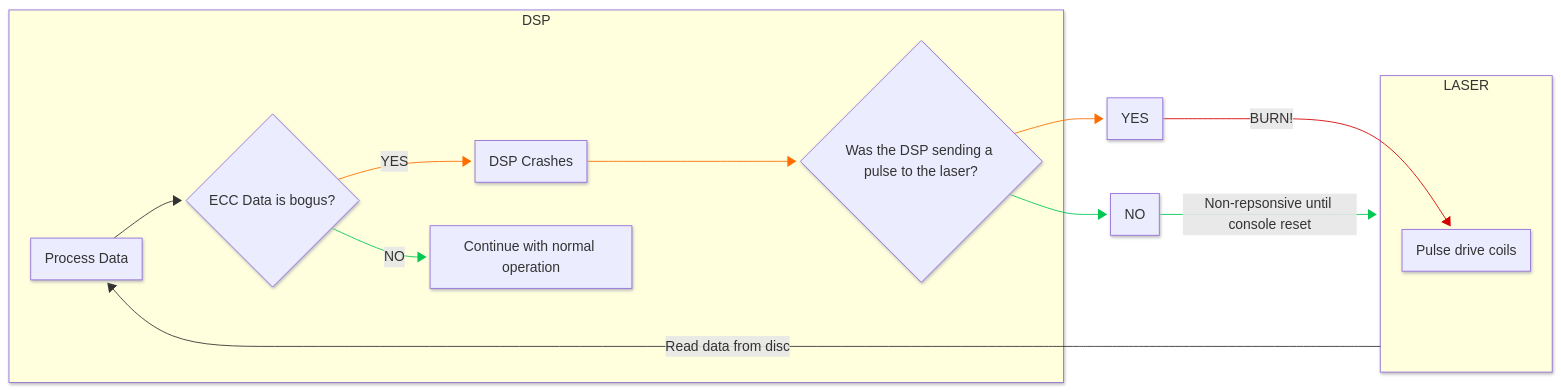
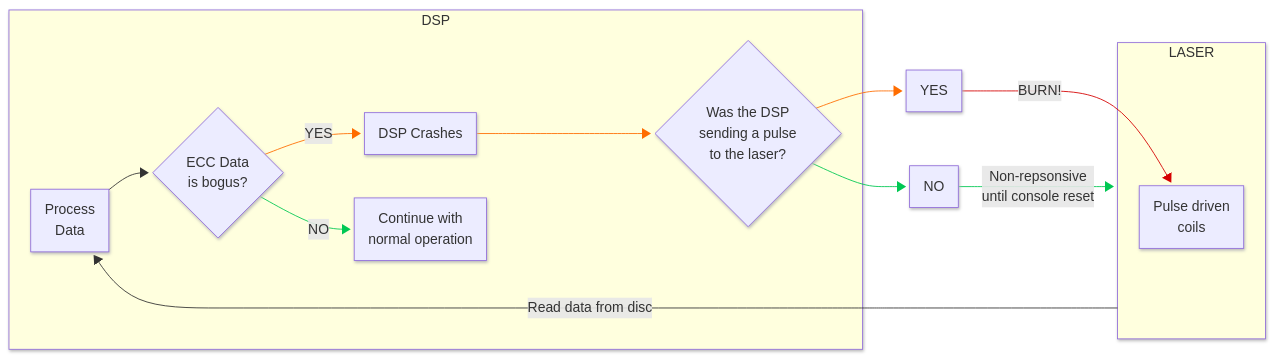
Before and after one commit to saildot4k/saildot4k.github.io: the diagram in docs/misc/picfix.md, drawn with Mermaid.

````diff
--- a/docs/misc/picfix.md
+++ b/docs/misc/picfix.md
@@ -7,36 +7,36 @@
 ```mermaid
 ---
 config:
   theme: mc
   layout: dagre
   look: neo
 ---
 flowchart LR
  subgraph s2["DSP"]
-        n7["Process Data"]
-        n8["ECC Data is bogus?"]
+        n7["Process<br>Data"]
+        n8["ECC Data<br>is bogus?"]
         n9["DSP Crashes"]
-        n10["Continue with normal operation"]
-        n11["Was the DSP sending a pulse to the laser?"]
+        n10["Continue with<br>normal operation"]
+        n11["Was the DSP<br>sending a pulse<br>to the laser?"]
   end
  subgraph s3["LASER"]
-        n14["Pulse drive coils"]
+        n14["Pulse driven<br>coils"]
   end
     n7 --> n8
     n8 -- YES --> n9
     n8 -- NO --> n10
     n9 --> n11
     n11 --> n12["YES"] & n13["NO"]
     n12 -- BURN! --> n14
-    n13 -- "Non-repsonsive until console reset" --> s3
+    n13 -- "Non-repsonsive</br>until console reset" --> s3
     s3 -- Read data from disc --> n7
     n8@{ shape: diam}
     n11@{ shape: diam}
     linkStyle 1 stroke:#FF6D00,fill:none
     linkStyle 2 stroke:#00C853,fill:none
     linkStyle 3 stroke:#FF6D00,fill:none
     linkStyle 4 stroke:#FF6D00,fill:none
     linkStyle 5 stroke:#00C853,fill:none
     linkStyle 6 stroke:#D50000,fill:none
     linkStyle 7 stroke:#00C853,fill:none
 ```
````
